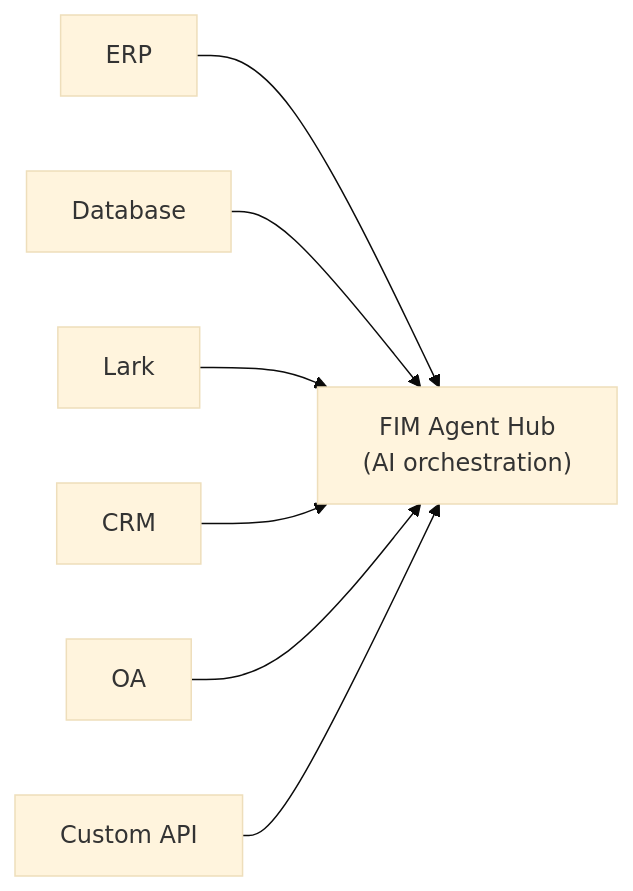
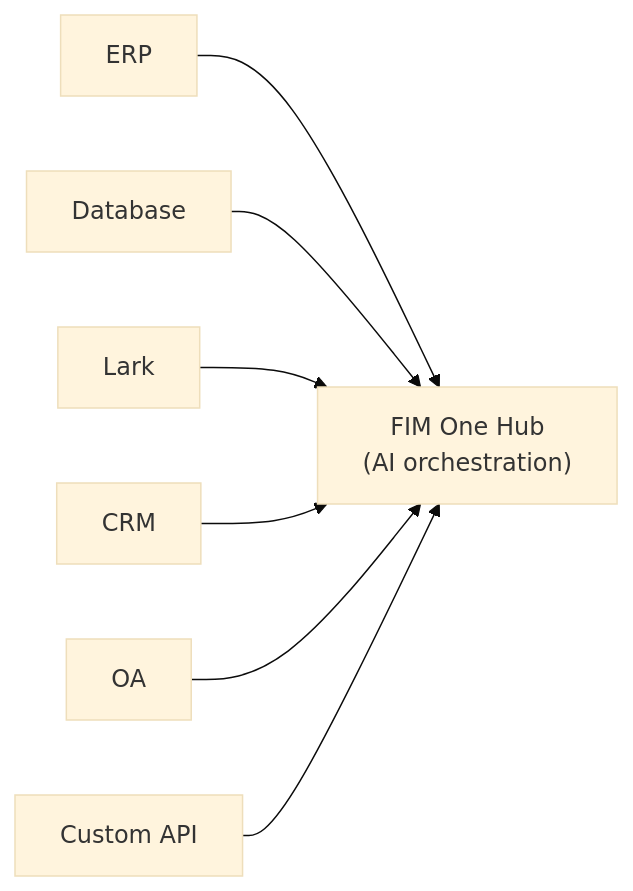
Before and after one commit to fim-ai/fim-agent: the first of 4 diagrams in README.md, drawn with Mermaid (base theme). The commit also changed other lines of this file and 463 other files, not shown here.

First line of the commit message:
refactor: rename package from fim_agent to fim_one

````diff
--- a/README.md
+++ b/README.md
@@ -52,9 +52,9 @@
 ```mermaid
 graph LR
-    ERP --> Hub["FIM Agent Hub<br/>(AI orchestration)"]
+    ERP --> Hub["FIM One Hub<br/>(AI orchestration)"]
     Database --> Hub
     Lark --> Hub
     CRM --> Hub
     OA --> Hub
     API[Custom API] --> Hub
 ```
````
